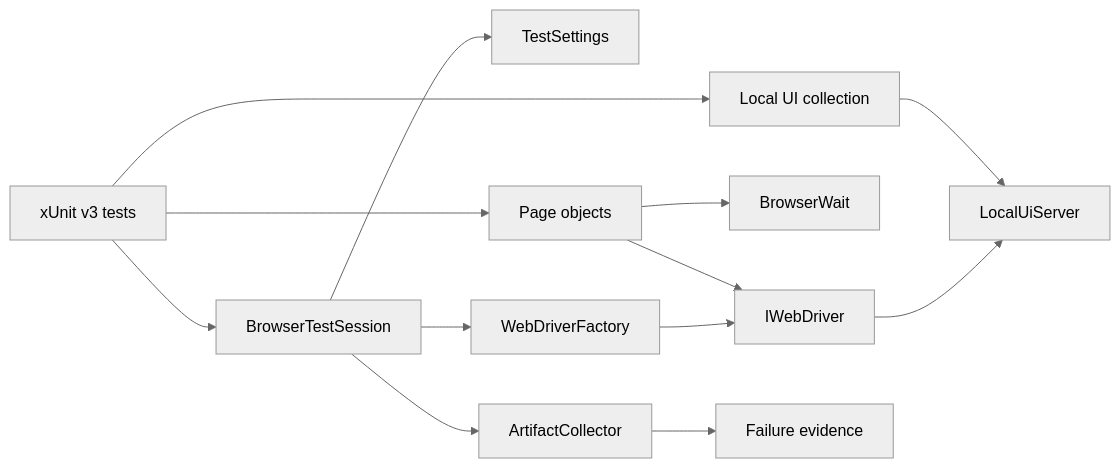
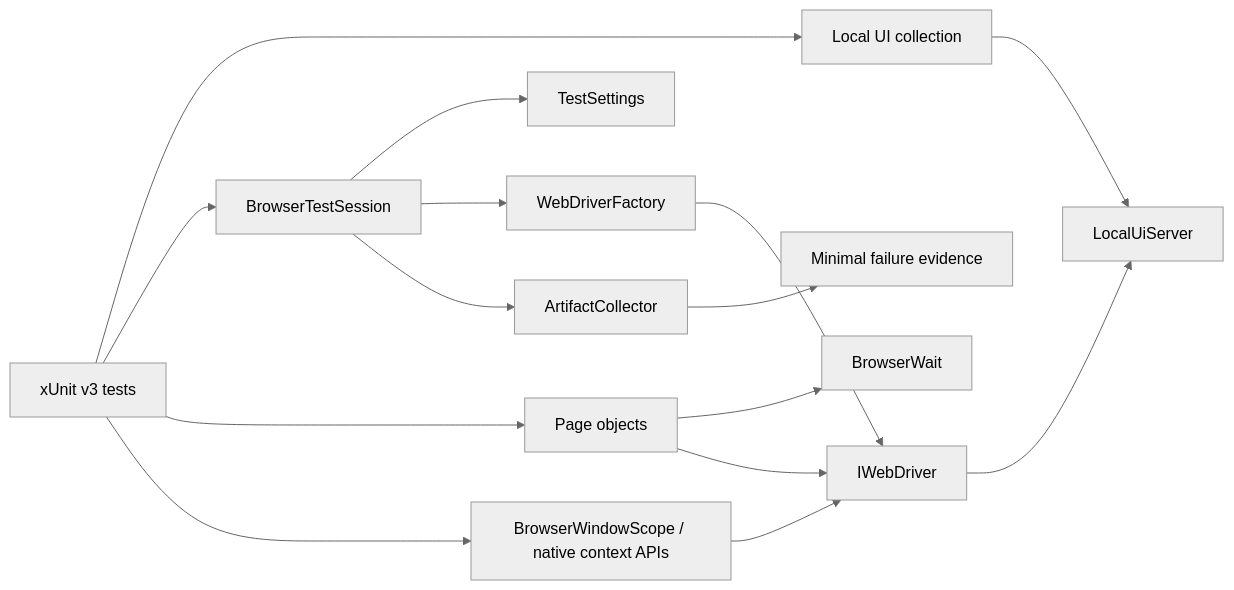
One commit to portyu9/qa-automation-dotnet-selenium changed the diagram in docs/ARCHITECTURE.md. Above: the diagram before and after it, drawn with Mermaid (neutral theme). The commit also changed other lines of this file, not shown here.

Commit message:
document Selenium context ownership and evidence minimization

````diff
--- a/docs/ARCHITECTURE.md
+++ b/docs/ARCHITECTURE.md
@@ -7,15 +7,17 @@
 ```mermaid
 flowchart LR
     TEST[xUnit v3 tests] --> COLLECTION[Local UI collection]
     COLLECTION --> FIX[LocalUiServer]
     TEST --> SESSION[BrowserTestSession]
     SESSION --> CFG[TestSettings]
     SESSION --> FACTORY[WebDriverFactory]
     TEST --> PAGE[Page objects]
+    TEST --> CONTEXT[BrowserWindowScope / native context APIs]
     PAGE --> WAIT[BrowserWait]
     PAGE --> DRIVER[IWebDriver]
+    CONTEXT --> DRIVER
     FACTORY --> DRIVER
     DRIVER --> FIX
     SESSION --> ART[ArtifactCollector]
-    ART --> EV[Failure evidence]
+    ART --> EV[Minimal failure evidence]
 ```
````
